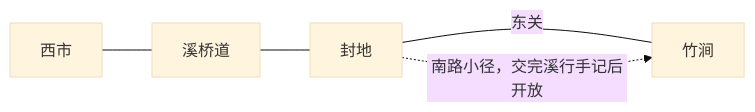
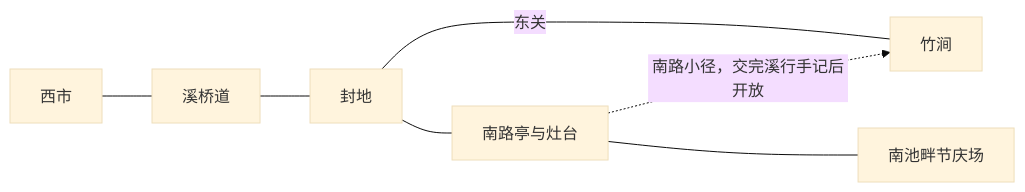
The second of 2 diagrams in docs/game_design/06_地形系统_完整.md (Stdq123/Fiefdom), drawn with Mermaid (base theme) before and after one commit. The commit also changed other lines of this file and 14 other files, not shown here.

````diff
--- a/docs/game_design/06_地形系统_完整.md
+++ b/docs/game_design/06_地形系统_完整.md
@@ -102,6 +102,8 @@
 ```mermaid
 flowchart LR
     M[西市] --- R[溪桥道] --- E[封地]
     E ---|东关| B[竹涧]
-    E -. 南路小径，交完溪行手记后开放 .-> B
+    E --- H[南路亭与灶台]
+    H --- P[南池畔节庆场]
+    H -. 南路小径，交完溪行手记后开放 .-> B
 ```
````
